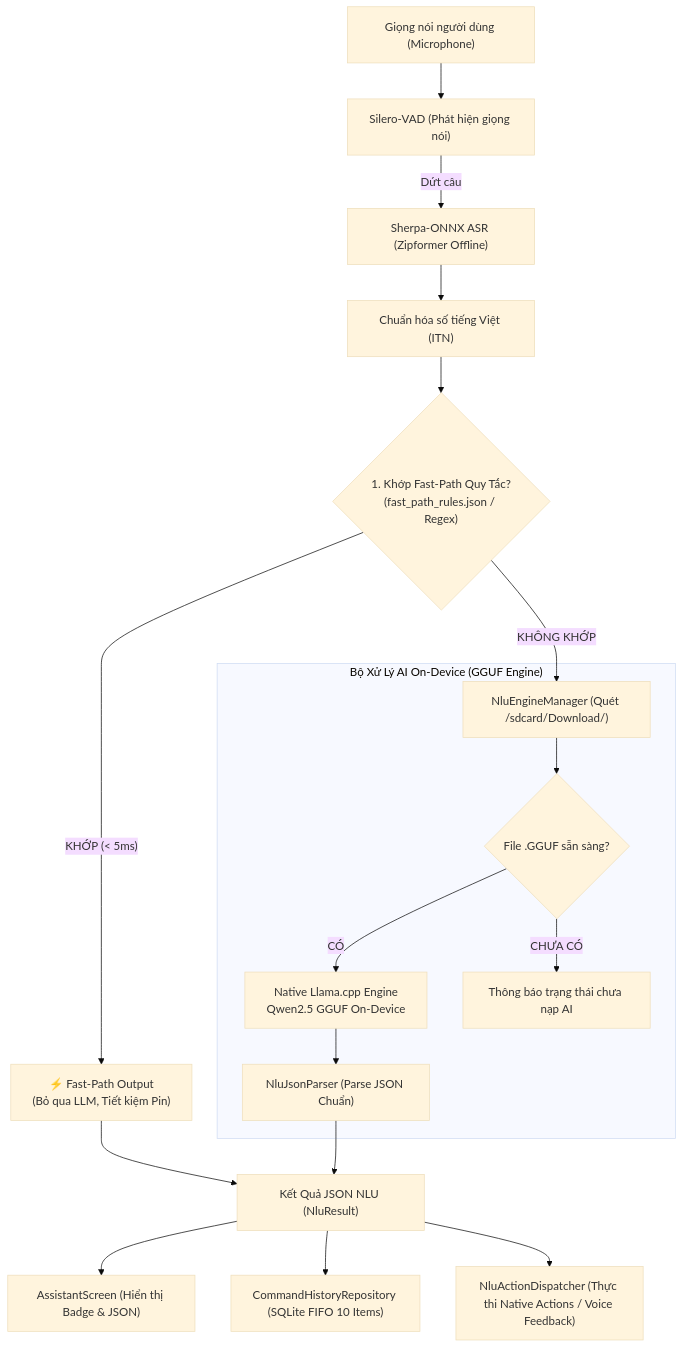
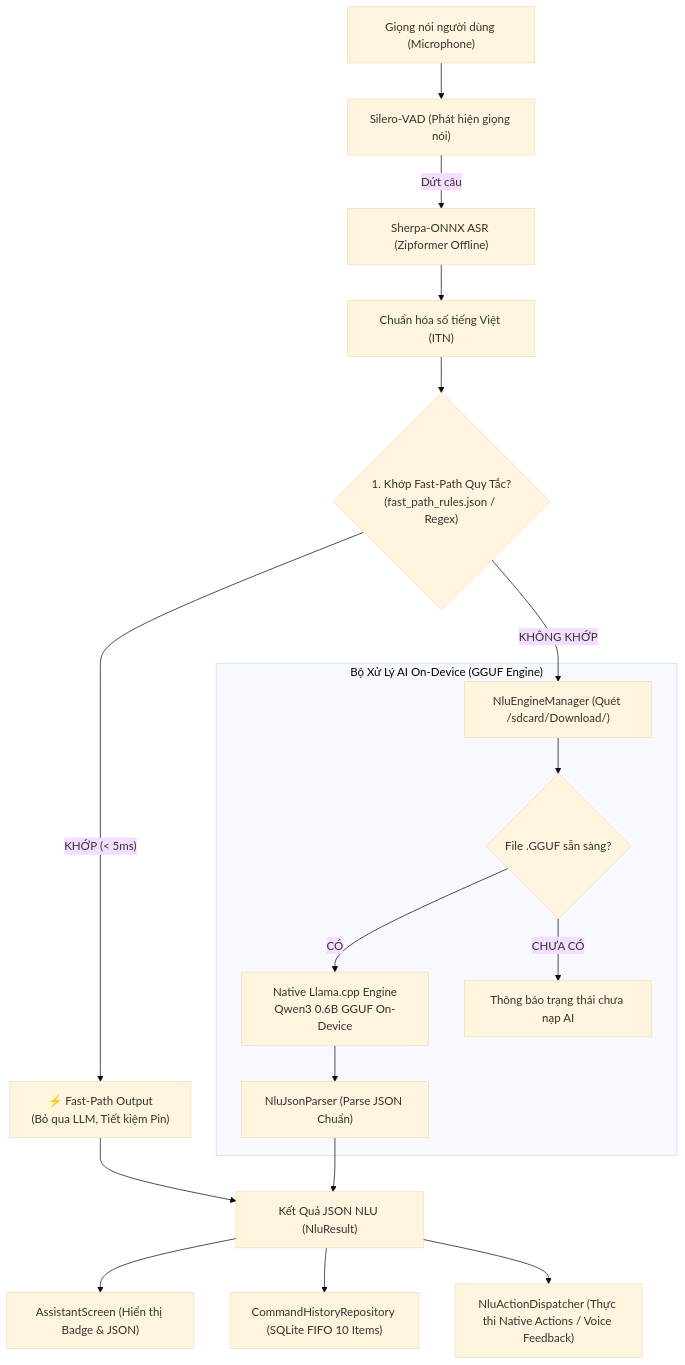
The diagram in README.md (tuanhdevvn/ViDroidCall-Studio), drawn with Mermaid (base theme) before and after one commit. The commit also changed other lines of this file and 9 other files, not shown here.

````diff
--- a/README.md
+++ b/README.md
@@ -81,29 +82,29 @@
 ```mermaid
 flowchart TD
     A["Giọng nói người dùng (Microphone)"] --> B["Silero-VAD (Phát hiện giọng nói)"]
     B -->|"Dứt câu"| C["Sherpa-ONNX ASR (Zipformer Offline)"]
     C --> D["Chuẩn hóa số tiếng Việt (ITN)"]
     D --> E{"1. Khớp Fast-Path Quy Tắc?<br/>(fast_path_rules.json / Regex)"}
     
     %% Nhánh 1: Fast-Path Match (< 5ms)
     E -- "KHỚP (< 5ms)" --> F["⚡ Fast-Path Output<br/>(Bỏ qua LLM, Tiết kiệm Pin)"]
     
     %% Nhánh 2: On-Device AI LLM Inference
     E -- "KHÔNG KHỚP" --> G["NluEngineManager (Quét /sdcard/Download/)"]
     
     subgraph AI_Engine ["Bộ Xử Lý AI On-Device (GGUF Engine)"]
         G --> H{"File .GGUF sẵn sàng?"}
-        H -- "CÓ" --> I["Native Llama.cpp Engine<br/>Qwen2.5 GGUF On-Device"]
+        H -- "CÓ" --> I["Native Llama.cpp Engine<br/>Qwen3 0.6B GGUF On-Device"]
         I --> J["NluJsonParser (Parse JSON Chuẩn)"]
         H -- "CHƯA CÓ" --> K["Thông báo trạng thái chưa nạp AI"]
     end
     
     %% Hợp nhất kết quả vào NluResult chung
     F --> L["Kết Quả JSON NLU (NluResult)"]
     J --> L
     
     %% Phân phối kết quả đến các module
     L --> M["AssistantScreen (Hiển thị Badge & JSON)"]
     L --> N["CommandHistoryRepository (SQLite FIFO 10 Items)"]
     L --> O["NluActionDispatcher (Thực thi Native Actions / Voice Feedback)"]
 ```
````
